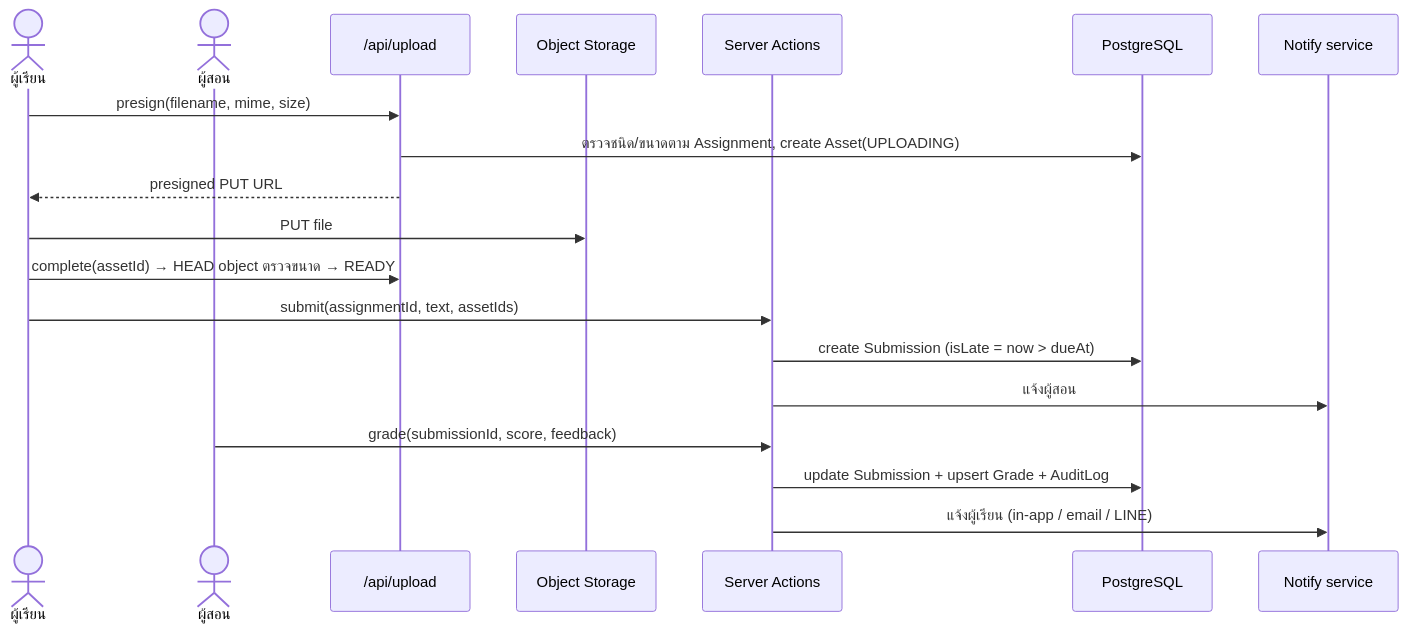
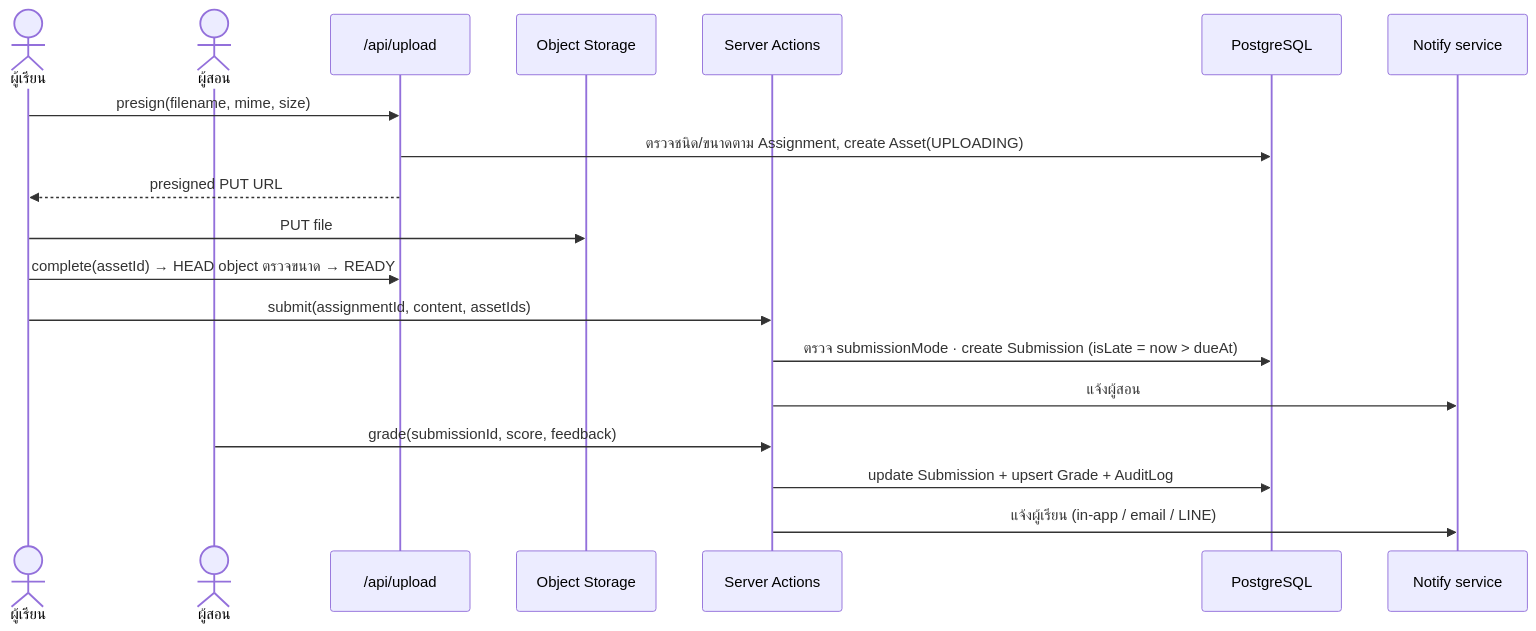
One commit to rattanawong-it/lms changed the ninth of 15 diagrams in docs/system-design.md. Above: the diagram before and after it, drawn with Mermaid. The commit also changed other lines of this file and 21 other files, not shown here.

````diff
--- a/docs/system-design.md
+++ b/docs/system-design.md
@@ -1101,21 +1107,21 @@
 ```mermaid
 sequenceDiagram
   actor S as ผู้เรียน
   actor I as ผู้สอน
   participant U as /api/upload
   participant S3 as Object Storage
   participant SA as Server Actions
   participant DB as PostgreSQL
   participant N as Notify service
   S->>U: presign(filename, mime, size)
   U->>DB: ตรวจชนิด/ขนาดตาม Assignment, create Asset(UPLOADING)
   U-->>S: presigned PUT URL
   S->>S3: PUT file
   S->>U: complete(assetId) → HEAD object ตรวจขนาด → READY
-  S->>SA: submit(assignmentId, text, assetIds)
-  SA->>DB: create Submission (isLate = now > dueAt)
+  S->>SA: submit(assignmentId, content, assetIds)
+  SA->>DB: ตรวจ submissionMode · create Submission (isLate = now > dueAt)
   SA->>N: แจ้งผู้สอน
   I->>SA: grade(submissionId, score, feedback)
   SA->>DB: update Submission + upsert Grade + AuditLog
   SA->>N: แจ้งผู้เรียน (in-app / email / LINE)
 ```
````
